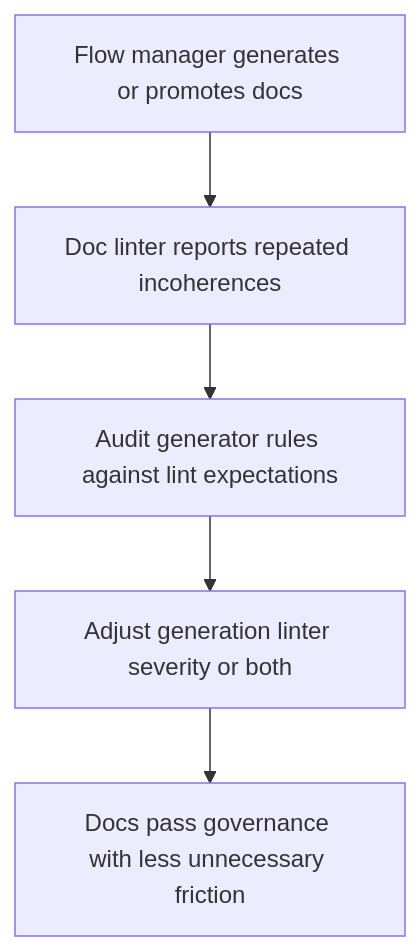
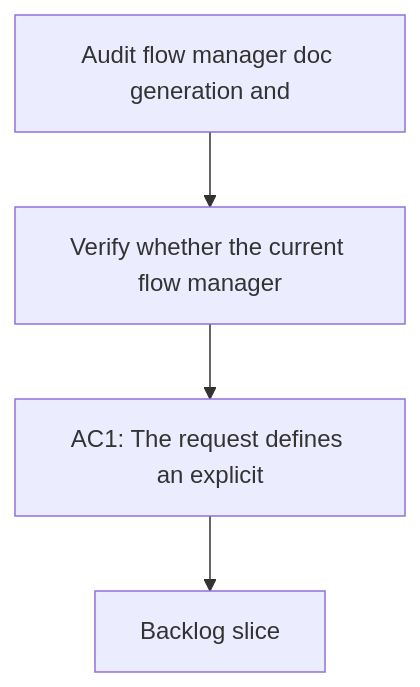
The diagram in logics/request/req_060_audit_flow_manager_doc_generation_and_adjust_doc_linter_strictness.md (AlexAgo83/logics-manager), drawn with Mermaid before and after one commit. The commit also changed 481 other files, not shown here.

````diff
--- a/logics/request/req_060_audit_flow_manager_doc_generation_and_adjust_doc_linter_strictness.md
+++ b/logics/request/req_060_audit_flow_manager_doc_generation_and_adjust_doc_linter_strictness.md
@@ -35,8 +35,8 @@
 ```mermaid
+%% logics-kind: request
 %% logics-signature: request|audit-flow-manager-doc-generation-and-ad|verify-whether-the-current-flow-manager|ac1-the-request-defines-an-explicit
 flowchart TD
-    A[Flow manager generates or promotes docs] --> B[Doc linter reports repeated incoherences]
-    B --> C[Audit generator rules against lint expectations]
-    C --> D[Adjust generation linter severity or both]
-    D --> E[Docs pass governance with less unnecessary friction]
+    Trigger[Audit flow manager doc generation and] --> Need[Verify whether the current flow manager]
+    Need --> Outcome[AC1: The request defines an explicit]
+    Outcome --> Backlog[Backlog slice]
 ```
````
